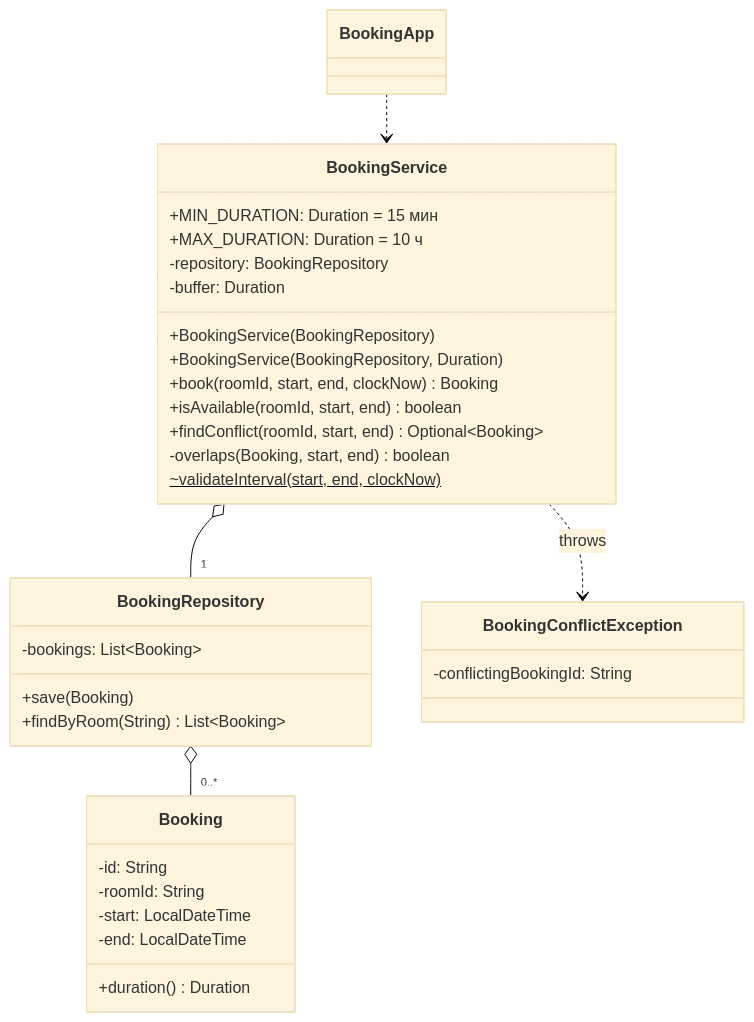
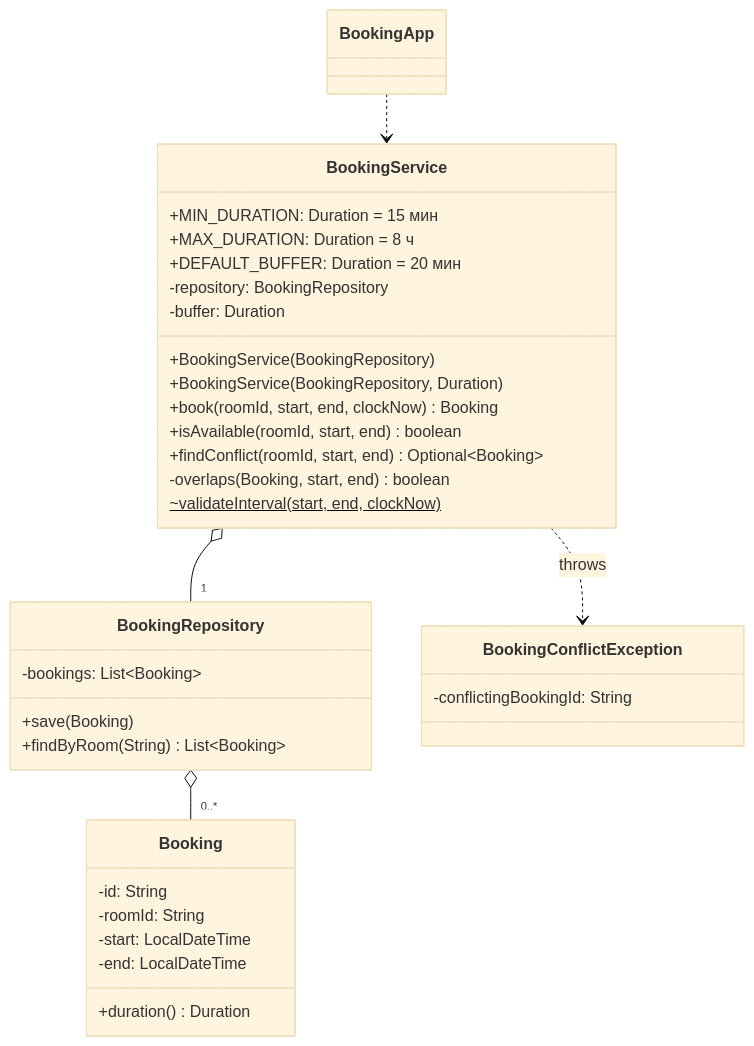
The second of 2 diagrams in pr13/README.md (f1shi/java-practice), drawn with Mermaid (base theme) before and after one commit. The commit also changed other lines of this file and 68 other files, not shown here.

````diff
--- a/pr13/README.md
+++ b/pr13/README.md
@@ -45,36 +46,37 @@
 ```mermaid
 classDiagram
     class BookingService {
         +MIN_DURATION: Duration = 15 мин
-        +MAX_DURATION: Duration = 10 ч
+        +MAX_DURATION: Duration = 8 ч
+        +DEFAULT_BUFFER: Duration = 20 мин
         -repository: BookingRepository
         -buffer: Duration
         +BookingService(BookingRepository)
         +BookingService(BookingRepository, Duration)
         +book(roomId, start, end, clockNow) Booking
         +isAvailable(roomId, start, end) boolean
         +findConflict(roomId, start, end) Optional~Booking~
         -overlaps(Booking, start, end) boolean
         ~validateInterval(start, end, clockNow)$
     }
     class BookingRepository {
         -bookings: List~Booking~
         +save(Booking)
         +findByRoom(String) List~Booking~
     }
     class Booking {
         -id: String
         -roomId: String
         -start: LocalDateTime
         -end: LocalDateTime
         +duration() Duration
     }
     class BookingConflictException {
         -conflictingBookingId: String
     }
     class BookingApp
     BookingService o-- "1" BookingRepository
     BookingRepository o-- "0..*" Booking
     BookingService ..> BookingConflictException : throws
     BookingApp ..> BookingService
 ```
````
